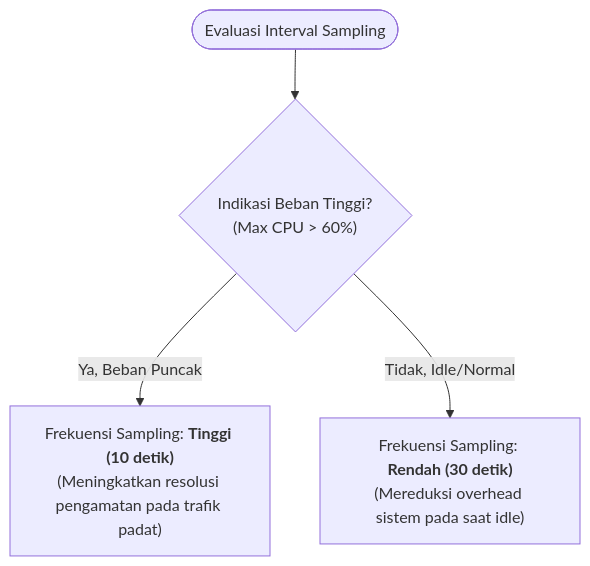
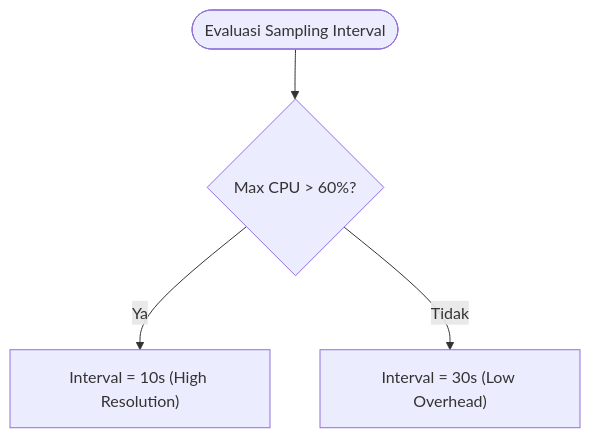
Before and after one commit to fauzanreza/green-container-framework: the third of 3 diagrams in architecture-diagrams/layer-2-monitor/01_monitor_get_stats.md, drawn with Mermaid. The commit also changed other lines of this file and 13 other files, not shown here.

Commit message:
edit fitur, menambahkan Architecture Diagram

````diff
--- a/architecture-diagrams/layer-2-monitor/01_monitor_get_stats.md
+++ b/architecture-diagrams/layer-2-monitor/01_monitor_get_stats.md
@@ -153,12 +129,12 @@
 ```mermaid
 flowchart TD
-    INPUT(["Evaluasi Interval Sampling"])
+    INPUT(["Evaluasi Sampling Interval"])
 
-    SIBUK{"Indikasi Beban Tinggi?<br/>(Max CPU > 60%)"}
-    SERING["Frekuensi Sampling: <b>Tinggi (10 detik)</b><br/>(Meningkatkan resolusi pengamatan pada trafik padat)"]
-    JARANG["Frekuensi Sampling: <b>Rendah (30 detik)</b><br/>(Mereduksi overhead sistem pada saat idle)"]
+    SIBUK{"Max CPU > 60%?"}
+    SERING["Interval = 10s (High Resolution)"]
+    JARANG["Interval = 30s (Low Overhead)"]
 
     INPUT --> SIBUK
-    SIBUK -->|Ya, Beban Puncak| SERING
-    SIBUK -->|Tidak, Idle/Normal| JARANG
+    SIBUK -->|"Ya"| SERING
+    SIBUK -->|"Tidak"| JARANG
 ```
````
